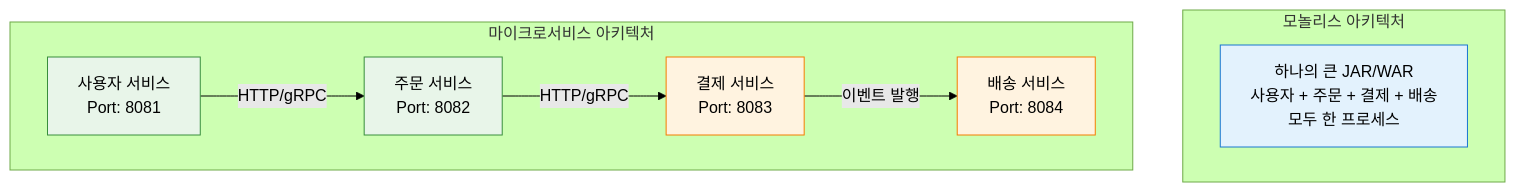
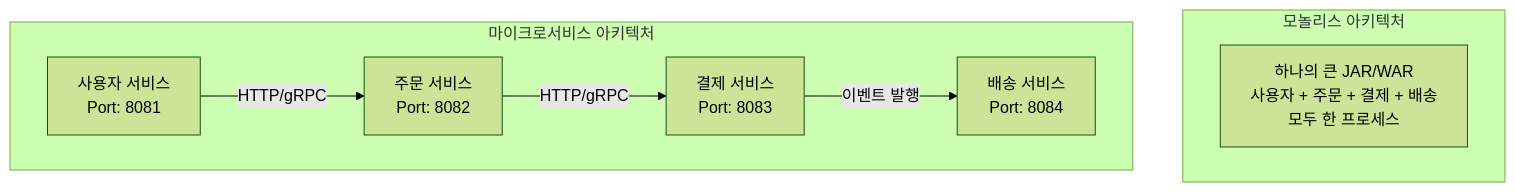
Diagram 14 of 17 in _posts/systemdesign/2026-05-02-system-design-fundamentals.md (yjkim2015/yjkim2015.github.io), drawn with Mermaid (forest theme) before and after one commit. The commit also changed other lines of this file and 215 other files, not shown here.

First line of the commit message:
신규 포스트 10개 추가 + Mermaid 전면 축소 + SystemDesign 시리즈 보강

````diff
--- a/_posts/systemdesign/2026-05-02-system-design-fundamentals.md
+++ b/_posts/systemdesign/2026-05-02-system-design-fundamentals.md
@@ -650,24 +494,15 @@
 ```mermaid
 graph TD
     subgraph "모놀리스 아키텍처"
         M["하나의 큰 JAR/WAR\n사용자 + 주문 + 결제 + 배송\n모두 한 프로세스"]
     end
-
     subgraph "마이크로서비스 아키텍처"
         US["사용자 서비스\nPort: 8081"]
         OS["주문 서비스\nPort: 8082"]
         PS["결제 서비스\nPort: 8083"]
         DS["배송 서비스\nPort: 8084"]
     end
-
     US -->|"HTTP/gRPC"| OS
     OS -->|"HTTP/gRPC"| PS
     PS -->|"이벤트 발행"| DS
-
-    classDef client fill:#e3f2fd,stroke:#1976d2
-    classDef server fill:#e8f5e9,stroke:#388e3c
-    classDef db fill:#fff3e0,stroke:#f57c00
-    class M client
-    class US,OS server
-    class PS,DS db
 ```
````
